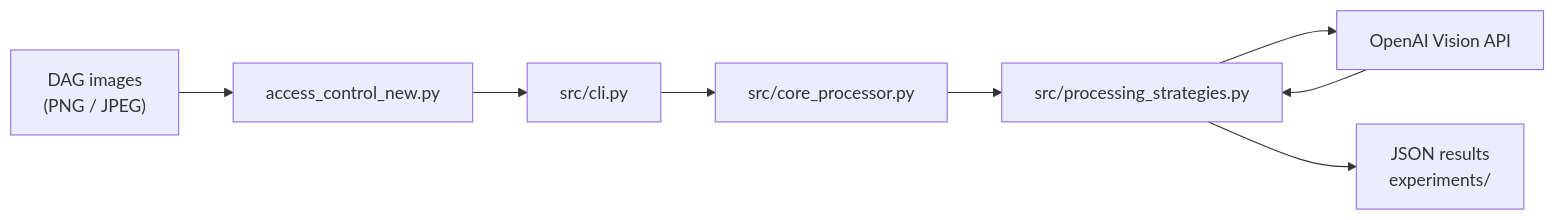
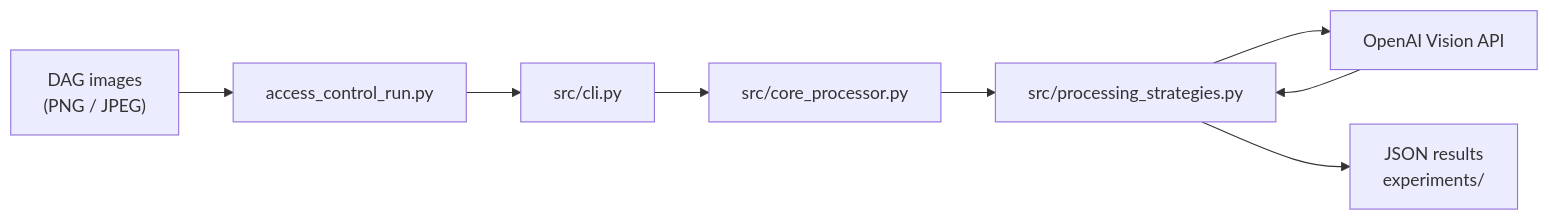
The diagram in README.md (Language-Technology-Lab/Access-Control-Policy), drawn with Mermaid before and after one commit. The commit also changed other lines of this file and 3 other files, not shown here.

````diff
--- a/README.md
+++ b/README.md
@@ -16,10 +16,10 @@
 ```mermaid
 flowchart LR
-  images["DAG images<br/>(PNG / JPEG)"] --> entry[access_control_new.py]
+  images["DAG images<br/>(PNG / JPEG)"] --> entry[access_control_run.py]
   entry --> cli[src/cli.py]
   cli --> engine[src/core_processor.py]
   engine --> strategies[src/processing_strategies.py]
   strategies --> openai["OpenAI Vision API"]
   openai --> strategies
   strategies --> output["JSON results<br/>experiments/"]
 ```
````
